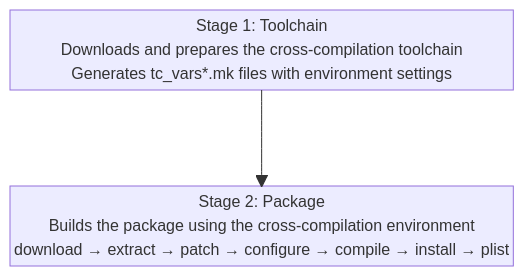
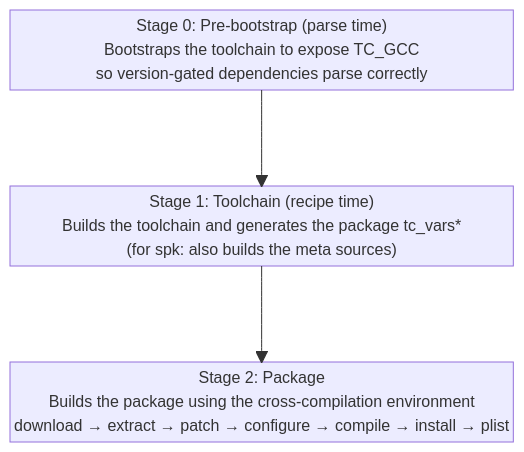
The diagram in docs/framework/index.md (SynoCommunity/spksrc), drawn with Mermaid before and after one commit. The commit also changed other lines of this file and 17 other files, not shown here.

First line of the commit message:
docs: framework/reference pass 2 (stages, architectures, macros, debugging) (#7236)

````diff
--- a/docs/framework/index.md
+++ b/docs/framework/index.md
@@ -27,9 +27,12 @@
 ```mermaid
 block
   columns 1
-  toolchain["Stage 1: Toolchain<br>Downloads and prepares the cross-compilation toolchain<br>Generates tc_vars*.mk files with environment settings"]
+  bootstrap["Stage 0: Pre-bootstrap (parse time)<br>Bootstraps the toolchain to expose TC_GCC<br>so version-gated dependencies parse correctly"]
+  space
+  toolchain["Stage 1: Toolchain (recipe time)<br>Builds the toolchain and generates the package tc_vars*<br>(for spk: also builds the meta sources)"]
   space
   package["Stage 2: Package<br>Builds the package using the cross-compilation environment<br>download → extract → patch → configure → compile → install → plist"]
 
+  bootstrap --> toolchain
   toolchain --> package
 ```
````
